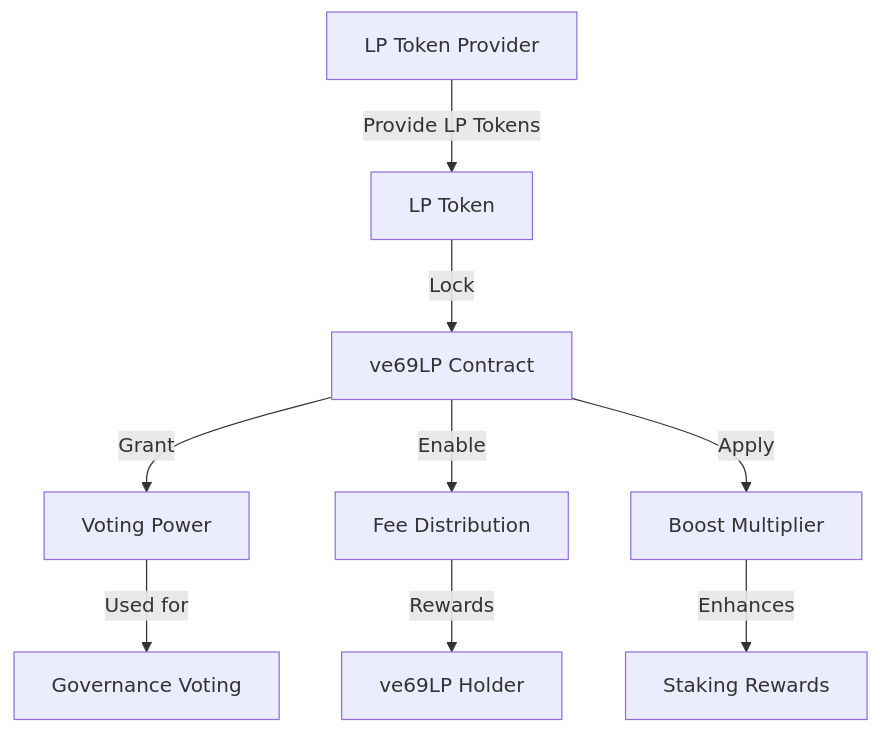
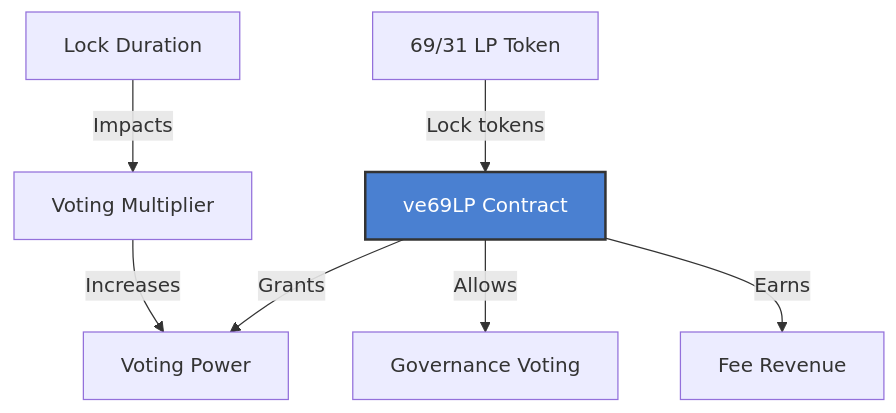
The first of 3 diagrams in docs/contracts/governance/ve69lp.md (wenakita/sonicreddragon-docs), drawn with Mermaid before and after one commit. The commit also changed other lines of this file and 44 other files, not shown here.

````diff
--- a/docs/contracts/governance/ve69lp.md
+++ b/docs/contracts/governance/ve69lp.md
@@ -36,14 +13,12 @@
 ```mermaid
 flowchart TD
-    LPProvider["LP Token Provider"] -->|"Provide LP Tokens"| LPToken["LP Token"]
-    LPToken -->|"Lock"| ve69LP["ve69LP Contract"]
-    ve69LP -->|"Grant"| VotingPower["Voting Power"]
-    ve69LP -->|"Enable"| FeeDistribution["Fee Distribution"]
-    ve69LP -->|"Apply"| BoostMultiplier["Boost Multiplier"]
+    LPToken["69/31 LP Token"] -->|"Lock tokens"| ve69LP["ve69LP Contract"]
+    ve69LP -->|"Grants"| VotingPower["Voting Power"]
+    ve69LP -->|"Allows"| Governance["Governance Voting"]
+    ve69LP -->|"Earns"| Rewards["Fee Revenue"]
+    TimeLength["Lock Duration"] -->|"Impacts"| VotingMultiplier["Voting Multiplier"]
+    VotingMultiplier -->|"Increases"| VotingPower
     
-    VotingPower -->|"Used for"| Governance["Governance Voting"]
-    FeeDistribution -->|"Rewards"| Holder["ve69LP Holder"]
-    BoostMultiplier -->|"Enhances"| StakingRewards["Staking Rewards"]
-    
+    classDef highlight fill:#4a80d1,stroke:#333,stroke-width:2px,color:white;
     class ve69LP highlight
 ```
````
